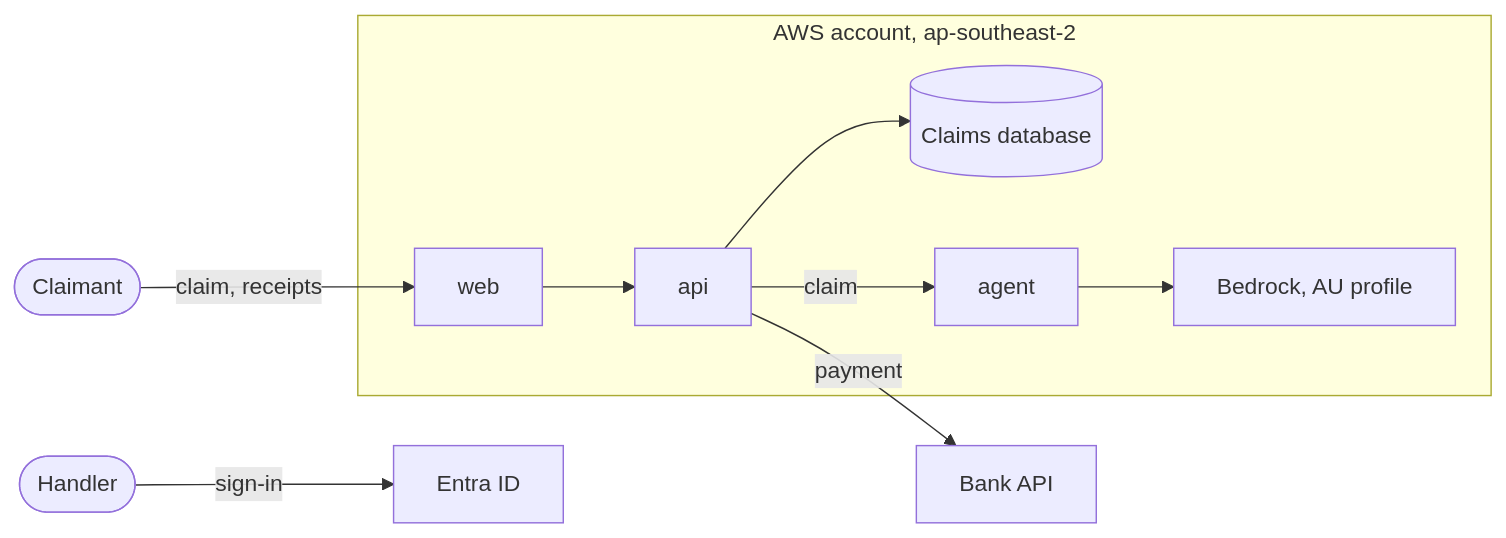
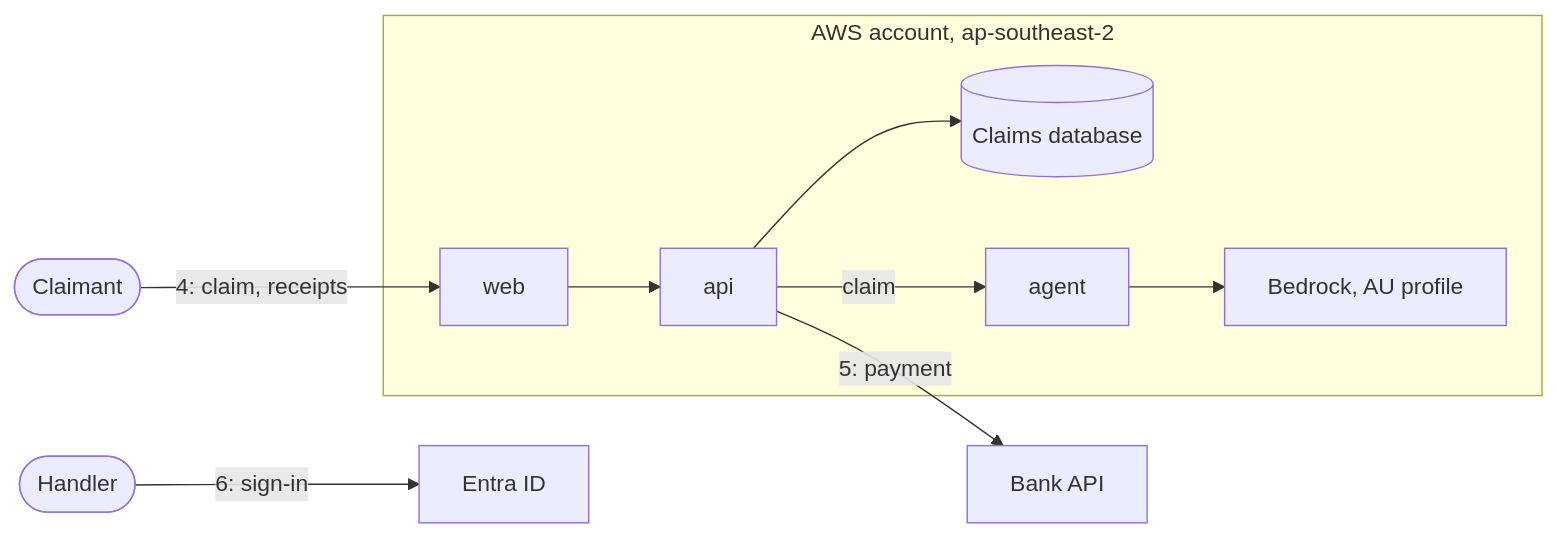
Before and after one commit to euginevd/sdlc-template: the diagram in docs/threat-model.md, drawn with Mermaid. The commit also changed other lines of this file and 1 other file, not shown here.

Commit message:
Lay out the threat model as data flow, data classes and top risks mapped to STRIDE and OWASP

````diff
--- a/docs/threat-model.md
+++ b/docs/threat-model.md
@@ -13,12 +7,12 @@
 ```mermaid
 flowchart LR
-  claimant([Claimant]) -- claim, receipts --> web
-  handler([Handler]) -- sign-in --> entra[Entra ID]
+  claimant([Claimant]) -- "4: claim, receipts" --> web
+  handler([Handler]) -- "6: sign-in" --> entra[Entra ID]
   subgraph aws [AWS account, ap-southeast-2]
     web[web] --> api[api]
     api --> db[(Claims database)]
     api -- claim --> agent[agent]
     agent --> bedrock[Bedrock, AU profile]
   end
-  api -- payment --> bank[Bank API]
+  api -- "5: payment" --> bank[Bank API]
 ```
````
